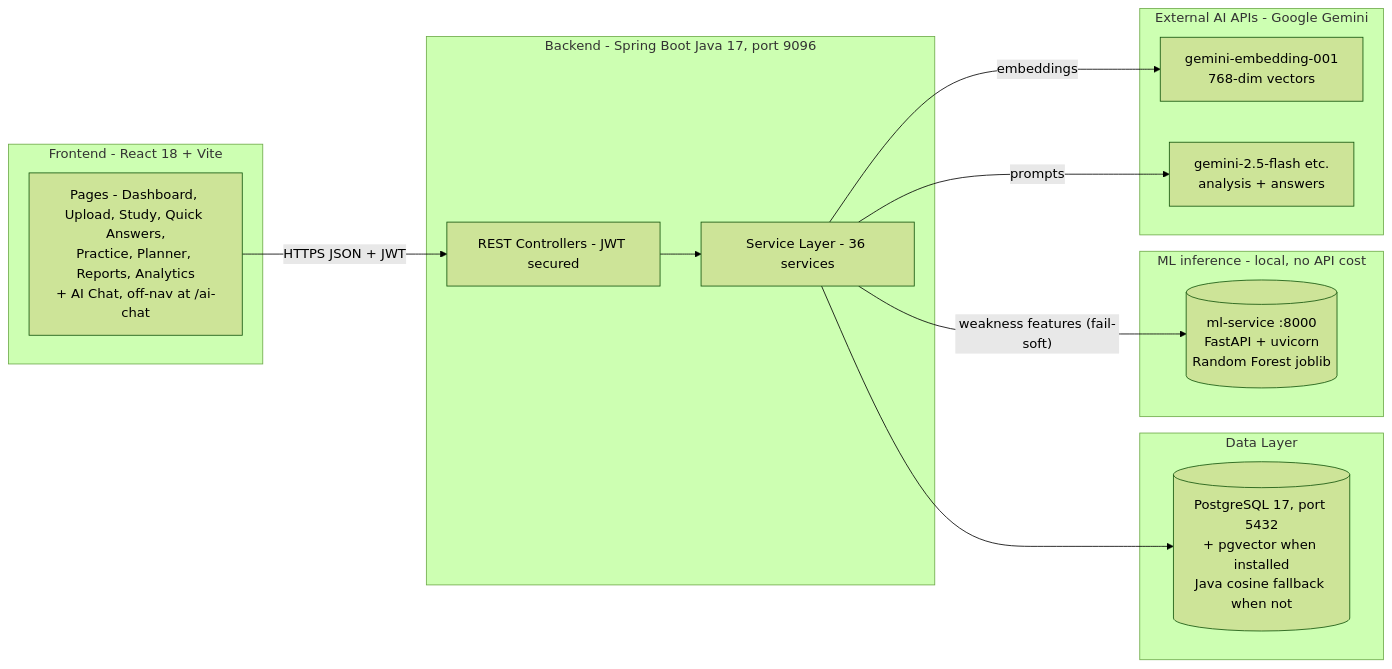
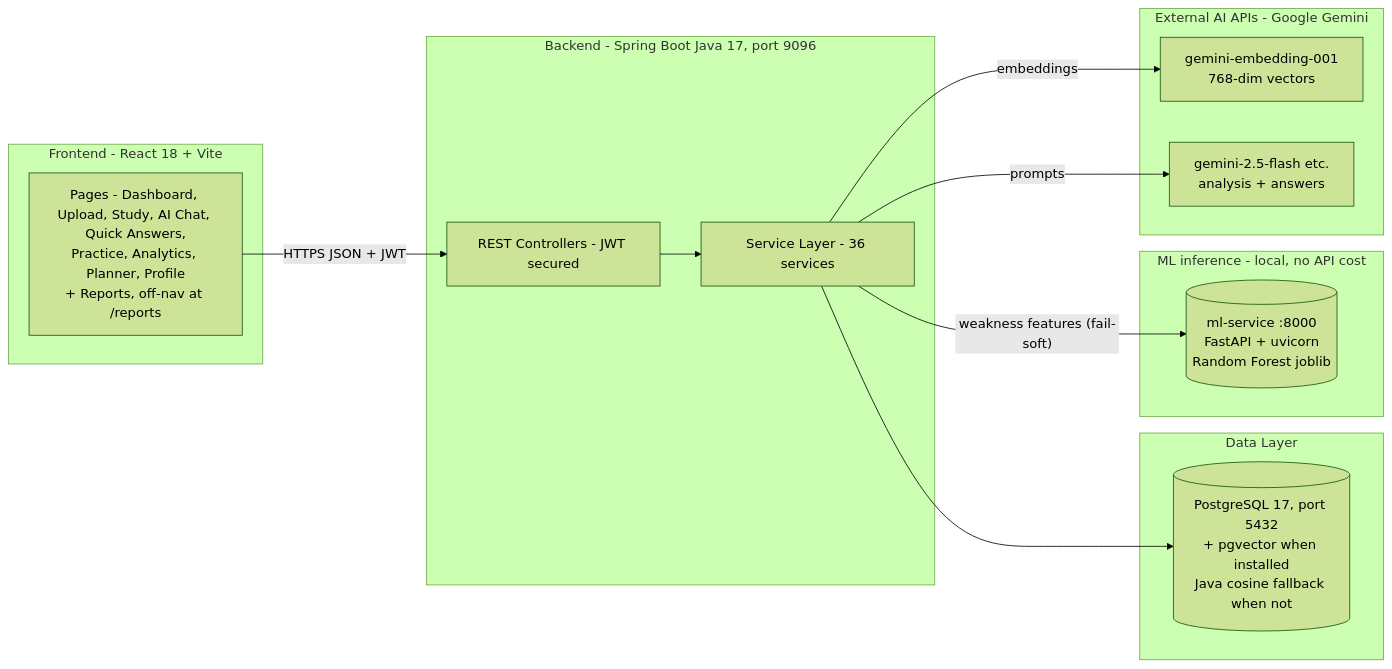
Before and after one commit to itsujwal11/aiStudyPlanner: the first of 5 diagrams in docs/WORKFLOW.md, drawn with Mermaid (forest theme). The commit also changed other lines of this file and 1 other file, not shown here.

First line of the commit message:
Sync docs with dead-code removal and restored AI Chat nav entry

````diff
--- a/docs/WORKFLOW.md
+++ b/docs/WORKFLOW.md
@@ -14,30 +14,30 @@
 ```mermaid
 flowchart LR
     subgraph Client["Frontend - React 18 + Vite"]
-        UI[Pages - Dashboard, Upload, Study, Quick Answers,<br/>Practice, Planner, Reports, Analytics<br/>+ AI Chat, off-nav at /ai-chat]
+        UI[Pages - Dashboard, Upload, Study, AI Chat, Quick Answers,<br/>Practice, Analytics, Planner, Profile<br/>+ Reports, off-nav at /reports]
     end
 
     subgraph Backend["Backend - Spring Boot Java 17, port 9096"]
         API[REST Controllers - JWT secured]
         SVC[Service Layer - 36 services]
     end
 
     subgraph Data["Data Layer"]
         PG[("PostgreSQL 17, port 5432<br/>+ pgvector when installed<br/>Java cosine fallback when not")]
     end
 
     subgraph ML["ML inference - local, no API cost"]
         RF[("ml-service :8000<br/>FastAPI + uvicorn<br/>Random Forest joblib")]
     end
 
     subgraph External["External AI APIs - Google Gemini"]
         EMB[gemini-embedding-001<br/>768-dim vectors]
         LLM[gemini-2.5-flash etc.<br/>analysis + answers]
     end
 
     UI -->|HTTPS JSON + JWT| API
     API --> SVC --> PG
     SVC -->|"weakness features (fail-soft)"| RF
     SVC -->|embeddings| EMB
     SVC -->|prompts| LLM
 ```
````
